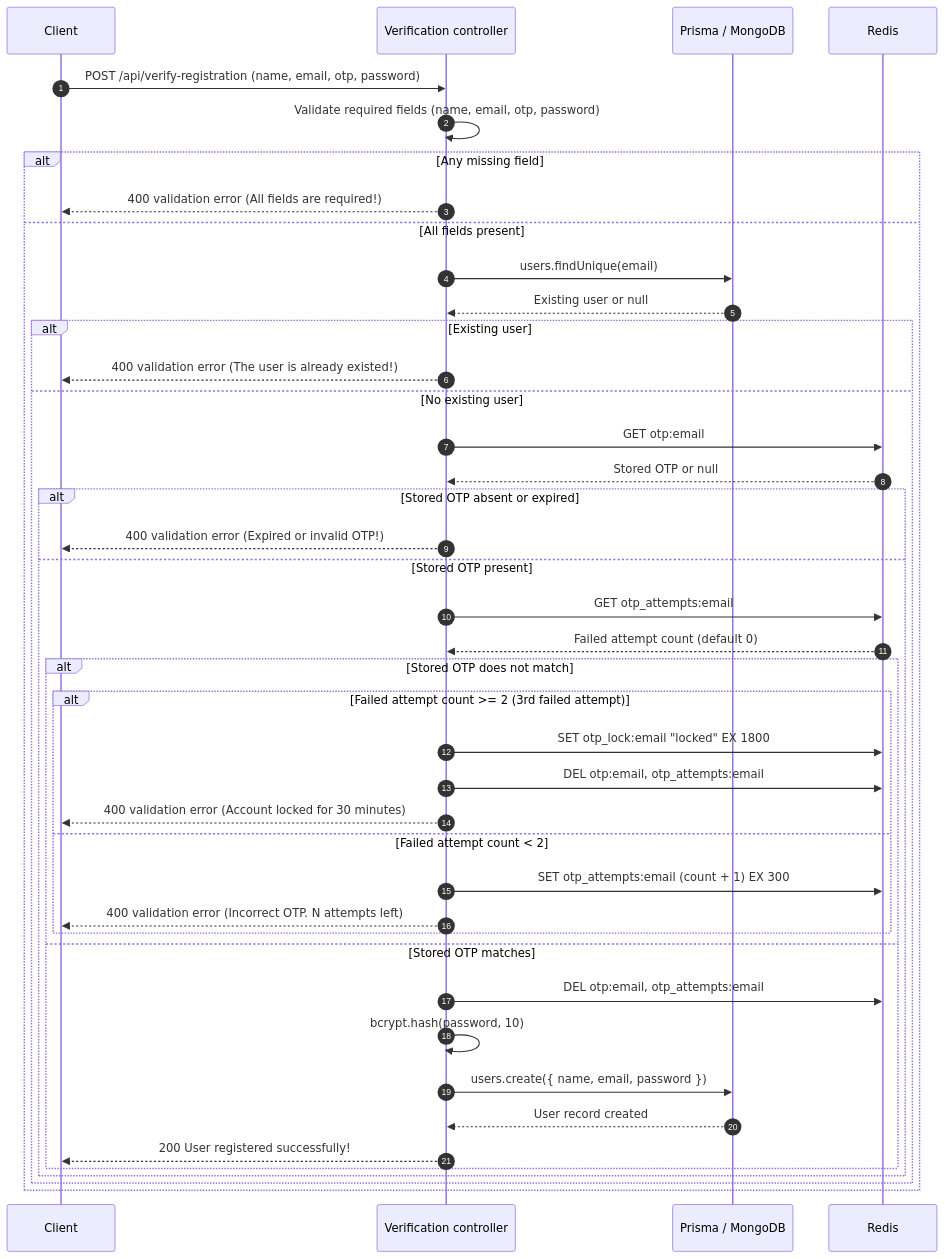
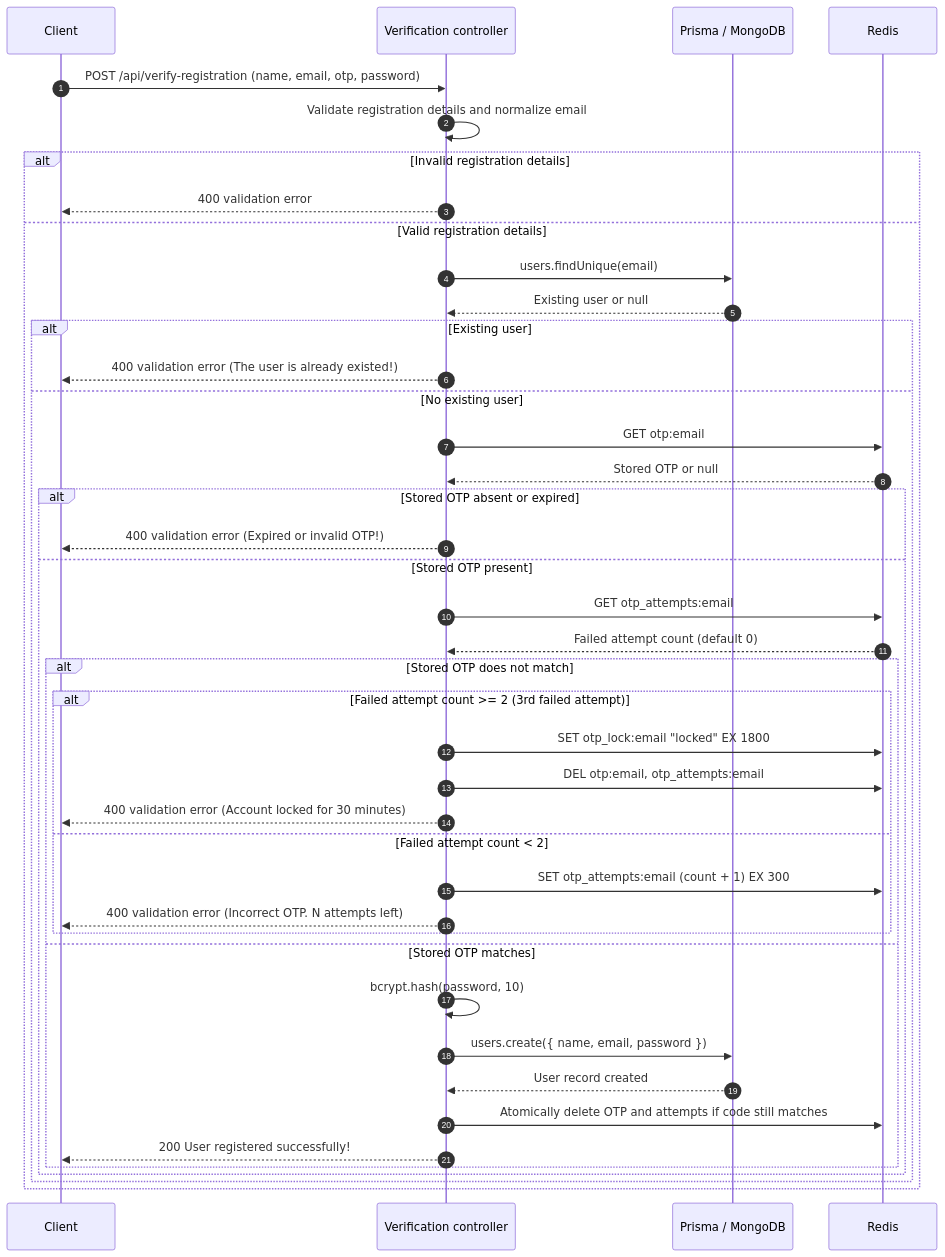
One commit to Kruskal892/Microservice-SaaS-E-commerce changed the fourth of 7 diagrams in docs/architecture/request-flows.md. Above: the diagram before and after it, drawn with Mermaid. The commit also changed other lines of this file and 39 other files, not shown here.

Commit message:
feat(auth): wire login, harden verification, and disable password reset

````diff
--- a/docs/architecture/request-flows.md
+++ b/docs/architecture/request-flows.md
@@ -134,44 +136,44 @@
 ```mermaid
 sequenceDiagram
     autonumber
     participant Client
     participant Auth as Verification controller
     participant DB as Prisma / MongoDB
     participant Redis
     Client->>Auth: POST /api/verify-registration (name, email, otp, password)
-    Auth->>Auth: Validate required fields (name, email, otp, password)
-    alt Any missing field
-        Auth-->>Client: 400 validation error (All fields are required!)
-    else All fields present
+    Auth->>Auth: Validate registration details and normalize email
+    alt Invalid registration details
+        Auth-->>Client: 400 validation error
+    else Valid registration details
         Auth->>DB: users.findUnique(email)
         DB-->>Auth: Existing user or null
         alt Existing user
             Auth-->>Client: 400 validation error (The user is already existed!)
         else No existing user
             Auth->>Redis: GET otp:email
             Redis-->>Auth: Stored OTP or null
             alt Stored OTP absent or expired
                 Auth-->>Client: 400 validation error (Expired or invalid OTP!)
             else Stored OTP present
                 Auth->>Redis: GET otp_attempts:email
                 Redis-->>Auth: Failed attempt count (default 0)
                 alt Stored OTP does not match
                     alt Failed attempt count >= 2 (3rd failed attempt)
                         Auth->>Redis: SET otp_lock:email "locked" EX 1800
                         Auth->>Redis: DEL otp:email, otp_attempts:email
                         Auth-->>Client: 400 validation error (Account locked for 30 minutes)
                     else Failed attempt count < 2
                         Auth->>Redis: SET otp_attempts:email (count + 1) EX 300
                         Auth-->>Client: 400 validation error (Incorrect OTP. N attempts left)
                     end
                 else Stored OTP matches
-                    Auth->>Redis: DEL otp:email, otp_attempts:email
                     Auth->>Auth: bcrypt.hash(password, 10)
                     Auth->>DB: users.create({ name, email, password })
                     DB-->>Auth: User record created
+                    Auth->>Redis: Atomically delete OTP and attempts if code still matches
                     Auth-->>Client: 200 User registered successfully!
                 end
             end
         end
     end
 ```
````
